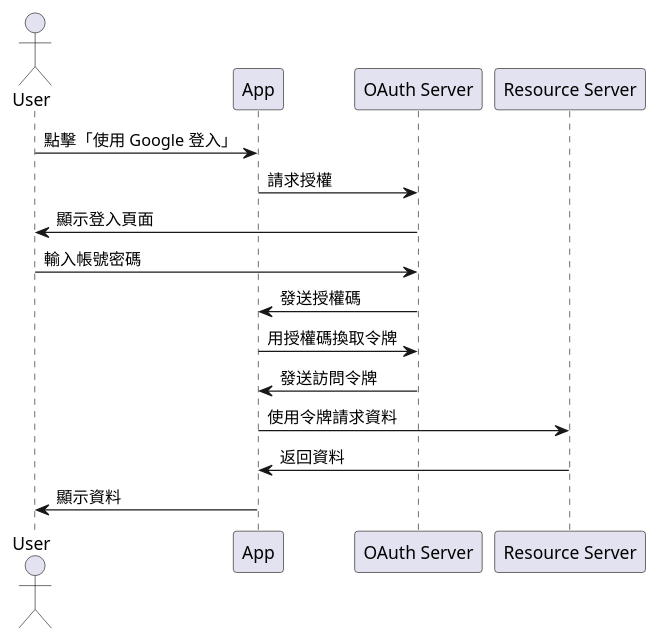
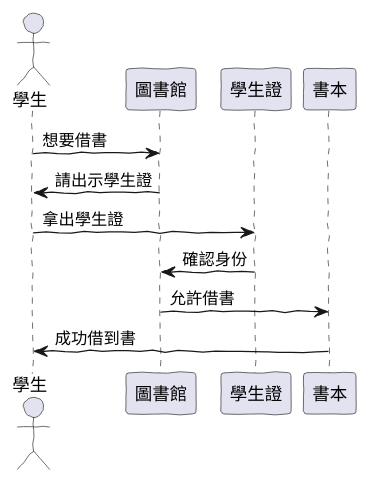
One commit to fine5351/info-sync changed the first of 3 diagrams in doc/learning/architecture/oauth2_tutorial.md. Above: the diagram before and after it, drawn with PlantUML. The commit also changed other lines of this file and 35 other files, not shown here.

````diff
--- a/doc/learning/architecture/oauth2_tutorial.md
+++ b/doc/learning/architecture/oauth2_tutorial.md
@@ -25,19 +25,19 @@
 ```plantuml
 @startuml
-actor User
-participant "App" as App
-participant "OAuth Server" as OAuth
-participant "Resource Server" as Resource
+skinparam backgroundColor white
+skinparam handwritten true
 
-User -> App: 點擊「使用 Google 登入」
-App -> OAuth: 請求授權
-OAuth -> User: 顯示登入頁面
-User -> OAuth: 輸入帳號密碼
-OAuth -> App: 發送授權碼
-App -> OAuth: 用授權碼換取令牌
-OAuth -> App: 發送訪問令牌
-App -> Resource: 使用令牌請求資料
-Resource -> App: 返回資料
-App -> User: 顯示資料
+actor "學生" as Student
+participant "圖書館" as Library
+participant "學生證" as ID
+participant "書本" as Book
+
+Student -> Library: 想要借書
+Library -> Student: 請出示學生證
+Student -> ID: 拿出學生證
+ID -> Library: 確認身份
+Library -> Book: 允許借書
+Book -> Student: 成功借到書
+
 @enduml
 ```
````
